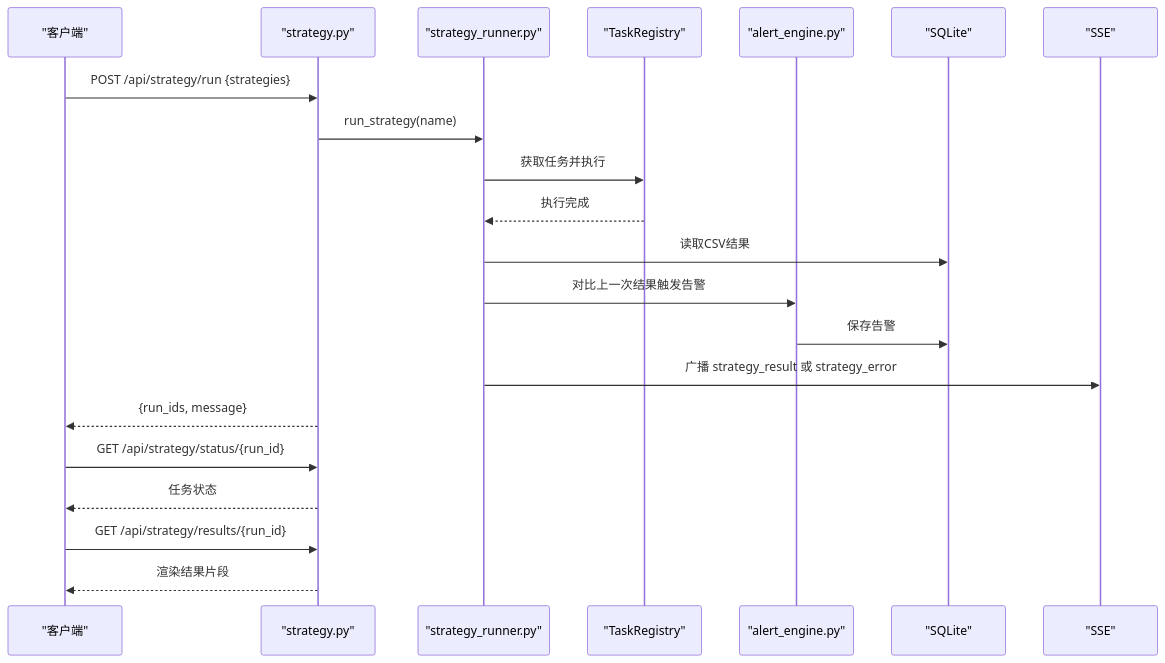
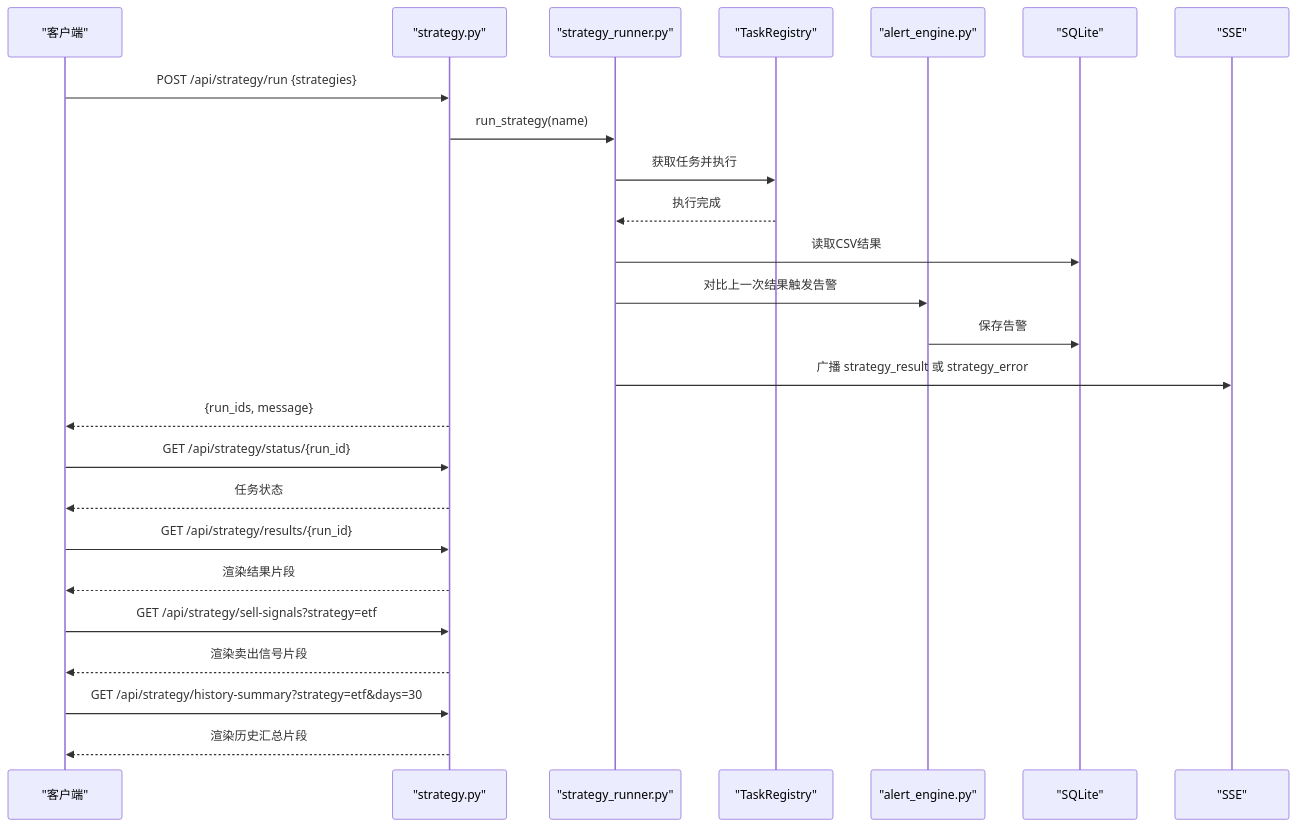
The sixth of 12 diagrams in .qoder/repowiki/zh/content/Dashboard监控系统/Dashboard监控系统.md (ldeng76/quant-ETF), drawn with Mermaid before and after one commit. The commit also changed other lines of this file and 12 other files, not shown here.

````diff
--- a/.qoder/repowiki/zh/content/Dashboard监控系统/Dashboard监控系统.md
+++ b/.qoder/repowiki/zh/content/Dashboard监控系统/Dashboard监控系统.md
@@ -253,23 +263,27 @@
 ```mermaid
 sequenceDiagram
 participant C as "客户端"
 participant ST as "strategy.py"
 participant SR as "strategy_runner.py"
 participant TR as "TaskRegistry"
 participant AE as "alert_engine.py"
 participant DB as "SQLite"
 participant S as "SSE"
 C->>ST : POST /api/strategy/run {strategies}
 ST->>SR : run_strategy(name)
 SR->>TR : 获取任务并执行
 TR-->>SR : 执行完成
 SR->>DB : 读取CSV结果
 SR->>AE : 对比上一次结果触发告警
 AE->>DB : 保存告警
 SR->>S : 广播 strategy_result 或 strategy_error
 ST-->>C : {run_ids, message}
 C->>ST : GET /api/strategy/status/{run_id}
 ST-->>C : 任务状态
 C->>ST : GET /api/strategy/results/{run_id}
 ST-->>C : 渲染结果片段
+C->>ST : GET /api/strategy/sell-signals?strategy=etf
+ST-->>C : 渲染卖出信号片段
+C->>ST : GET /api/strategy/history-summary?strategy=etf&days=30
+ST-->>C : 渲染历史汇总片段
 ```
````
